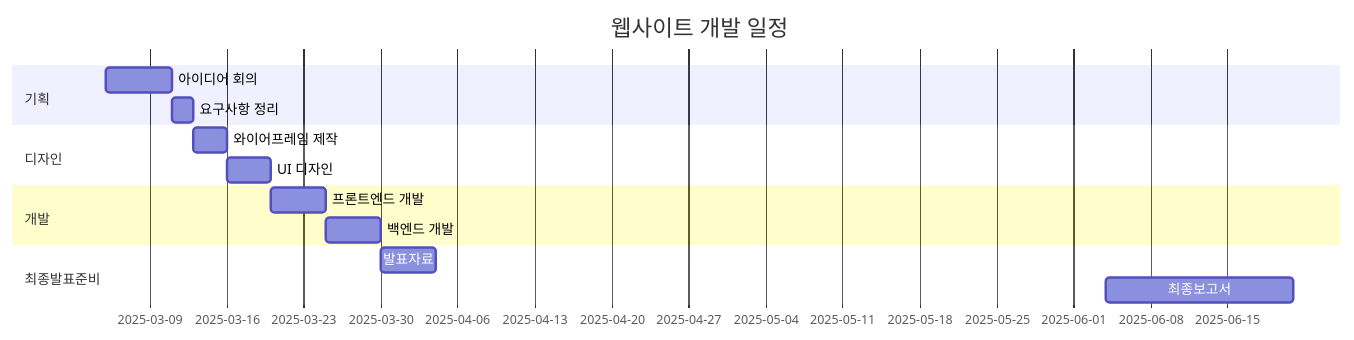
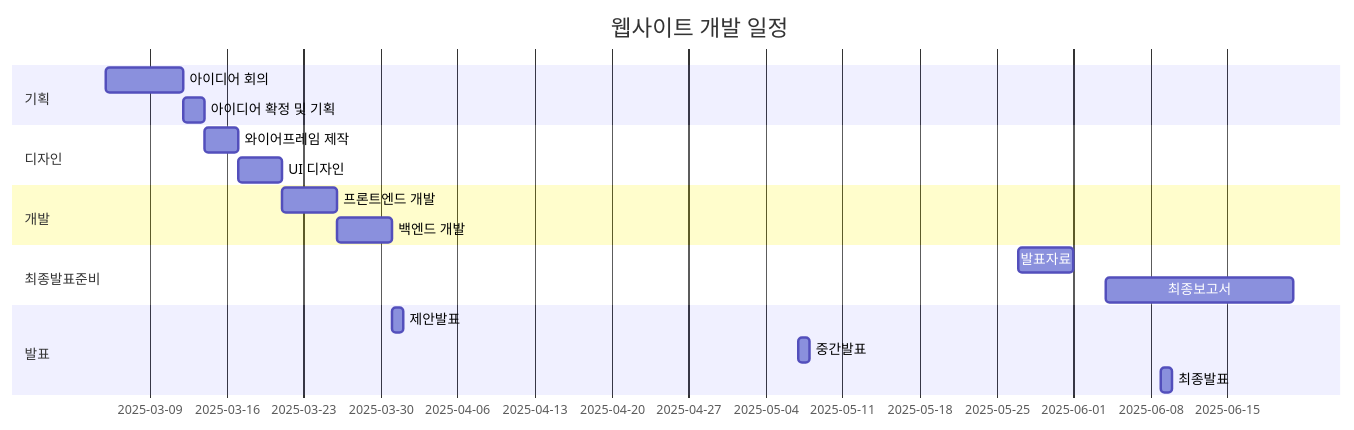
Before and after one commit to Introduction-to-Engineering-Design-13/LOR: the diagram in project-plan.md, drawn with Mermaid.

````diff
--- a/project-plan.md
+++ b/project-plan.md
@@ -1,22 +1,27 @@
 ```mermaid
 gantt
     title 웹사이트 개발 일정
     dateFormat  YYYY-MM-DD
 
     section 기획
-    아이디어 회의      :a1, 2025-03-05, 6d
-    요구사항 정리      :a2, after a1, 2d
+    아이디어 회의      :a1, 2025-03-05, 7d
+    아이디어 확정 및 기획      :a2, after a1, 2d
 
     section 디자인
     와이어프레임 제작   :b1, after a2, 3d
     UI 디자인           :b2, after b1, 4d
-
+    
     section 개발
     프론트엔드 개발     :c1, after b2, 5d
     백엔드 개발         :c2, after c1, 5d
 
     section 최종발표준비
-    발표자료            :d1, after c2, 5d
-    최종보고서          :d2, 2025-06-04,17d
+    발표자료            :d1,    2025-05-27,    5d
+    최종보고서          :d2,    2025-06-04,    17d
+
+    section 발표
+    제안발표            :e1,    2025-03-31,    1d 
+    중간발표            :e2,    2025-05-07,    1d
+    최종발표            :e3,    2025-06-09,    1d
 
 ```
````
